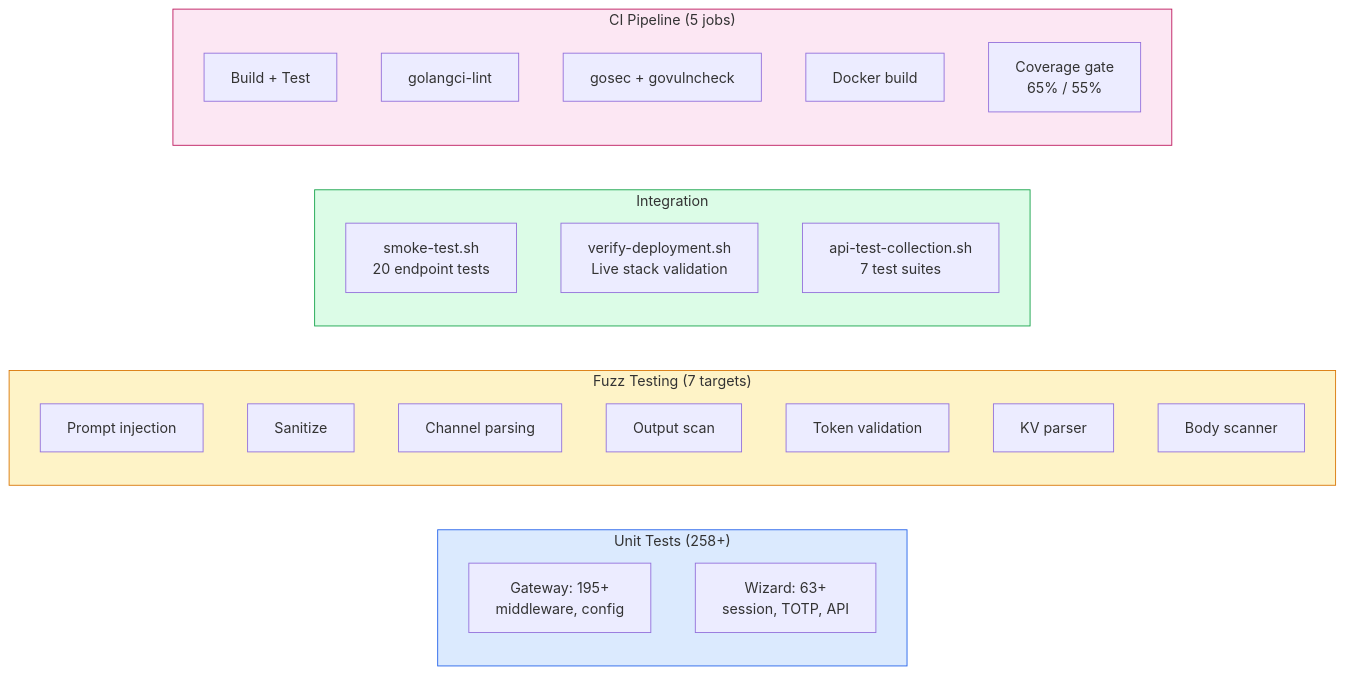
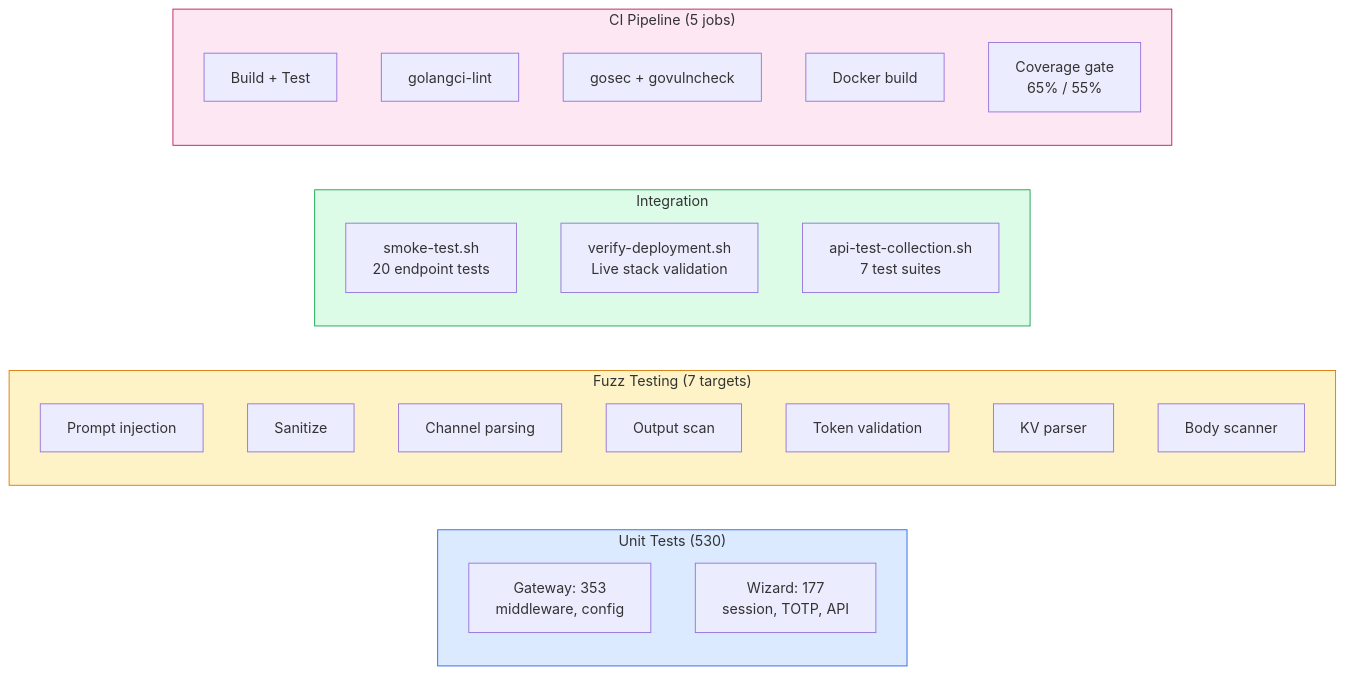
Before and after one commit to beautifulplanet/SafePaw: the tenth of 10 diagrams in docs/ARCHITECTURE.md, drawn with Mermaid. The commit also changed other lines of this file and 6 other files, not shown here.

````diff
--- a/docs/ARCHITECTURE.md
+++ b/docs/ARCHITECTURE.md
@@ -416,36 +416,36 @@
 ```mermaid
 graph LR
-    subgraph unit["Unit Tests (258+)"]
-        GT["Gateway: 195+<br/>middleware, config"]
-        WT["Wizard: 63+<br/>session, TOTP, API"]
+    subgraph unit["Unit Tests (530)"]
+        GT["Gateway: 353<br/>middleware, config"]
+        WT["Wizard: 177<br/>session, TOTP, API"]
     end
 
     subgraph fuzz["Fuzz Testing (7 targets)"]
         F1["Prompt injection"]
         F2["Sanitize"]
         F3["Channel parsing"]
         F4["Output scan"]
         F5["Token validation"]
         F6["KV parser"]
         F7["Body scanner"]
     end
 
     subgraph integration["Integration"]
         SMOKE["smoke-test.sh<br/>20 endpoint tests"]
         VERIFY["verify-deployment.sh<br/>Live stack validation"]
         API_TEST["api-test-collection.sh<br/>7 test suites"]
     end
 
     subgraph ci["CI Pipeline (5 jobs)"]
         BUILD["Build + Test"]
         LINT["golangci-lint"]
         SEC["gosec + govulncheck"]
         DOCKER["Docker build"]
         COV["Coverage gate<br/>65% / 55%"]
     end
 
     style unit fill:#dbeafe,stroke:#2563eb
     style fuzz fill:#fef3c7,stroke:#d97706
     style integration fill:#dcfce7,stroke:#16a34a
     style ci fill:#fce7f3,stroke:#be185d
 ```
````
